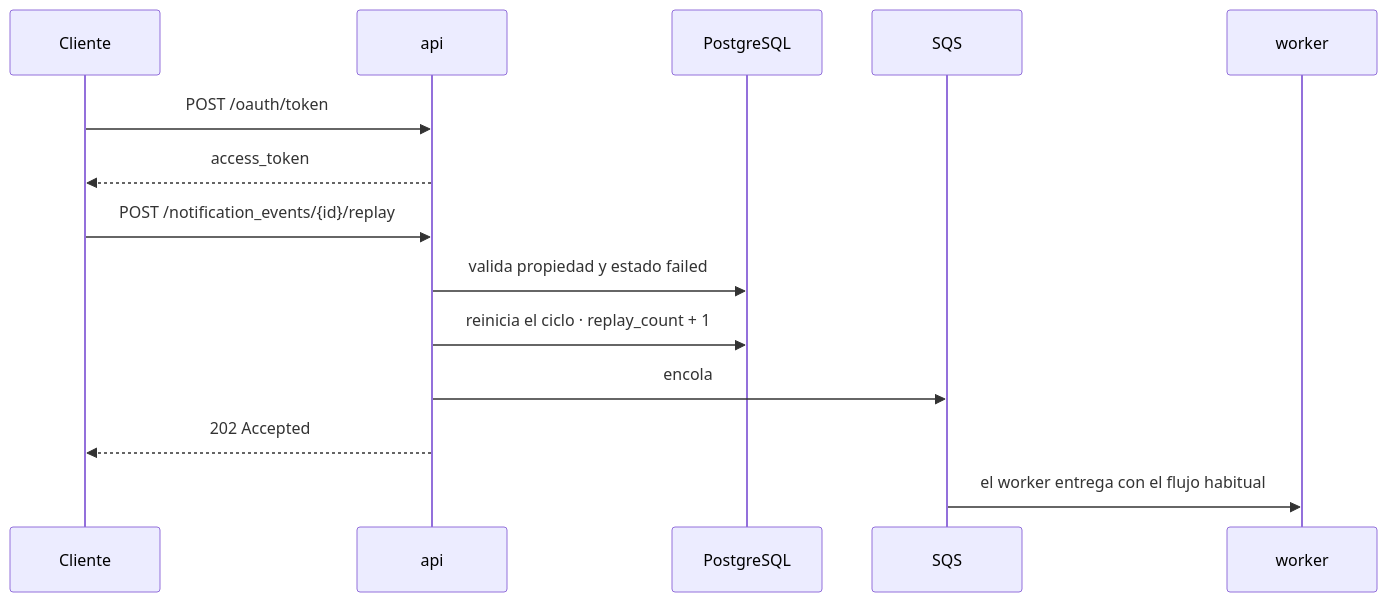
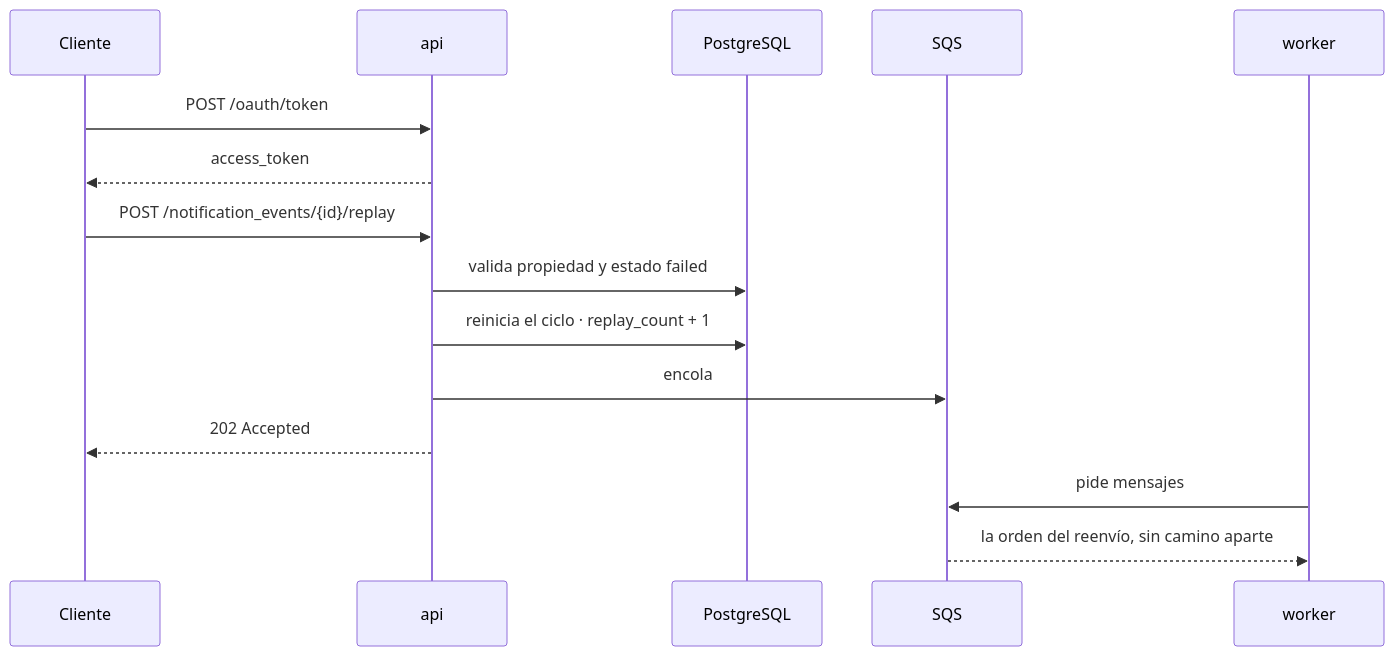
One commit to ssalaza7/cobre-notification-delivery changed the fifth of 5 diagrams in README.md. Above: the diagram before and after it, drawn with Mermaid. The commit also changed other lines of this file and 5 other files, not shown here.

````diff
--- a/README.md
+++ b/README.md
@@ -241,17 +251,18 @@
 ```mermaid
 sequenceDiagram
     participant U as Cliente
     participant API as api
     participant DB as PostgreSQL
     participant Q as SQS
     participant W as worker
 
     U->>API: POST /oauth/token
     API-->>U: access_token
     U->>API: POST /notification_events/{id}/replay
     API->>DB: valida propiedad y estado failed
     API->>DB: reinicia el ciclo · replay_count + 1
     API->>Q: encola
     API-->>U: 202 Accepted
-    Q->>W: el worker entrega con el flujo habitual
+    W->>Q: pide mensajes
+    Q-->>W: la orden del reenvío, sin camino aparte
 ```
````
